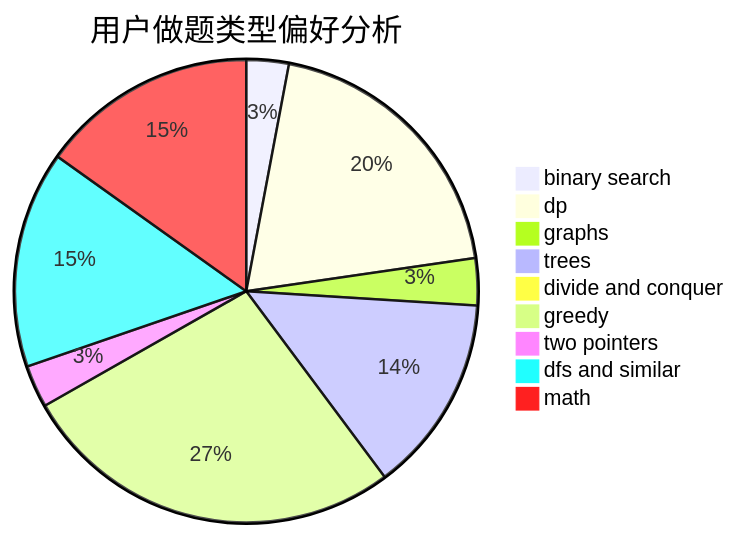
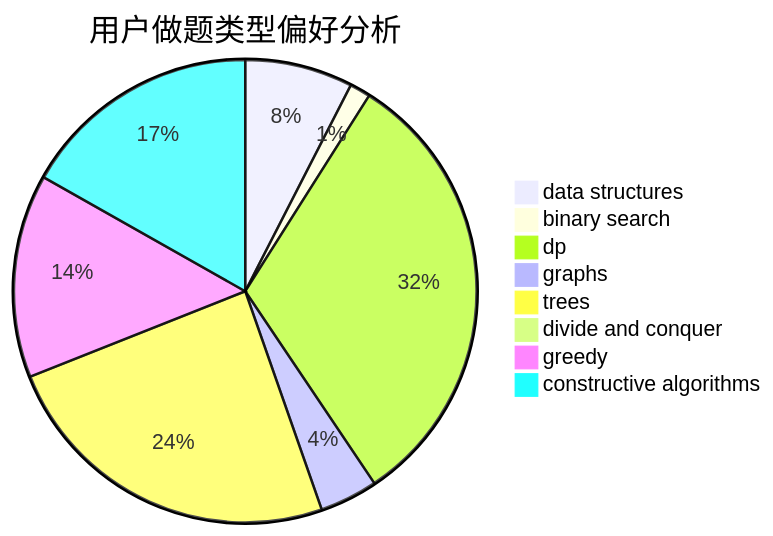
One commit to sherpahu/cfrs.github.io changed the second of 3 diagrams in docs/user/u2592.md. Above: the diagram before and after it, drawn with Mermaid. The commit also changed other lines of this file and 2775 other files, not shown here.

````diff
--- a/docs/user/u2592.md
+++ b/docs/user/u2592.md
@@ -23,12 +23,11 @@
 ```mermaid
 pie title 用户做题类型偏好分析
-    "binary search" :  18
-    "dp" :  120
-    "graphs" :  20
+    "data structures" :  26
+    "binary search" :  5
+    "dp" :  109
+    "graphs" :  14
     "trees" :  84
     "divide and conquer" :  0
-    "greedy" :  164
-    "two pointers" :  18
-    "dfs and similar" :  92
-    "math" :  92
+    "greedy" :  49
+    "constructive algorithms" :  58
 ```
````
